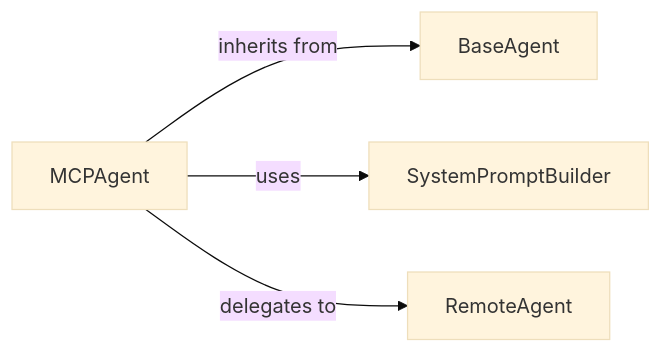
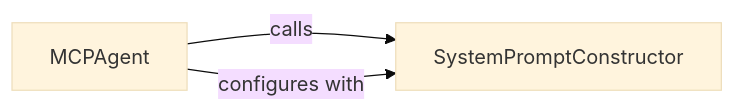
The second of 7 diagrams in docs/development/architecture.mdx (mcp-use/mcp-use), drawn with Mermaid (base theme) before and after one commit. The commit also changed other lines of this file and 27 other files, not shown here.

First line of the commit message:
docs: update codeboarding documentation and generate architecture

````diff
--- a/docs/development/architecture.mdx
+++ b/docs/development/architecture.mdx
@@ -112,10 +115,7 @@
 ```mermaid
 graph LR
     MCPAgent["MCPAgent"]
-    BaseAgent["BaseAgent"]
-    SystemPromptBuilder["SystemPromptBuilder"]
-    RemoteAgent["RemoteAgent"]
-    MCPAgent -- "inherits from" --> BaseAgent
-    MCPAgent -- "uses" --> SystemPromptBuilder
-    MCPAgent -- "delegates to" --> RemoteAgent
+    SystemPromptConstructor["SystemPromptConstructor"]
+    MCPAgent -- "calls" --> SystemPromptConstructor
+    MCPAgent -- "configures with" --> SystemPromptConstructor
 ```
````
